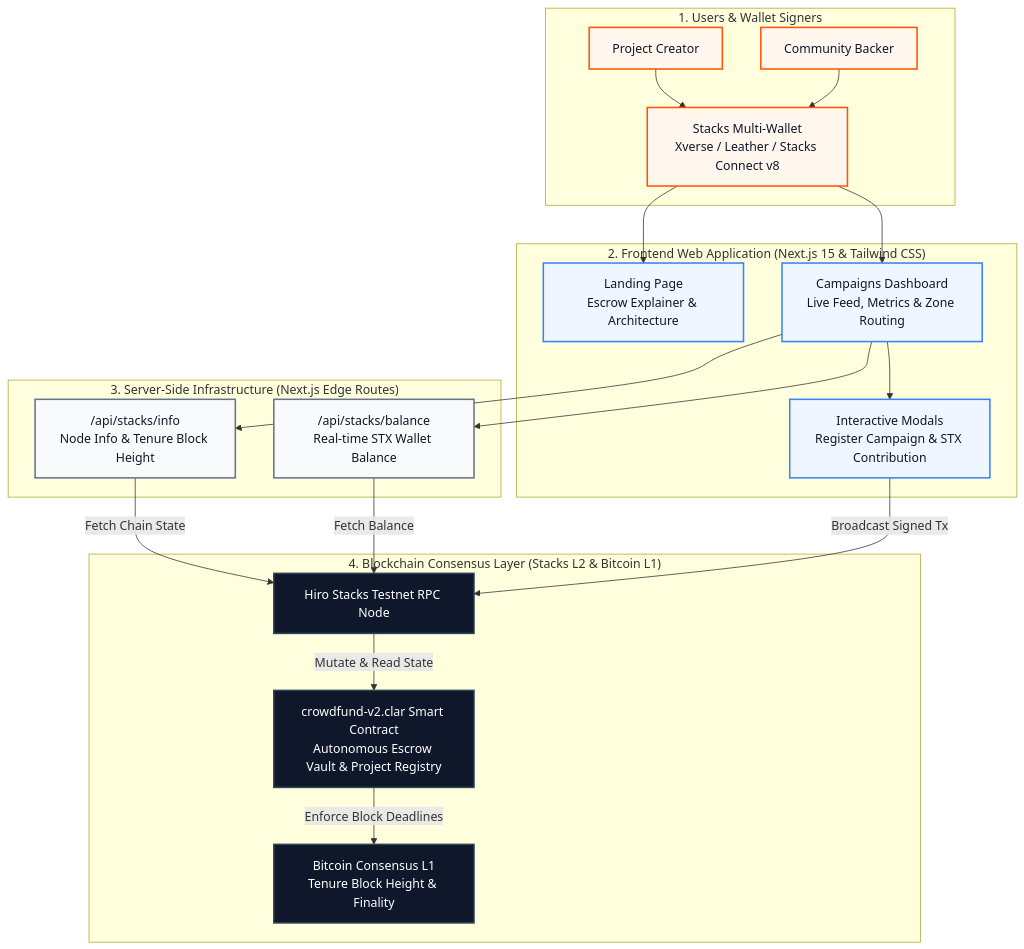
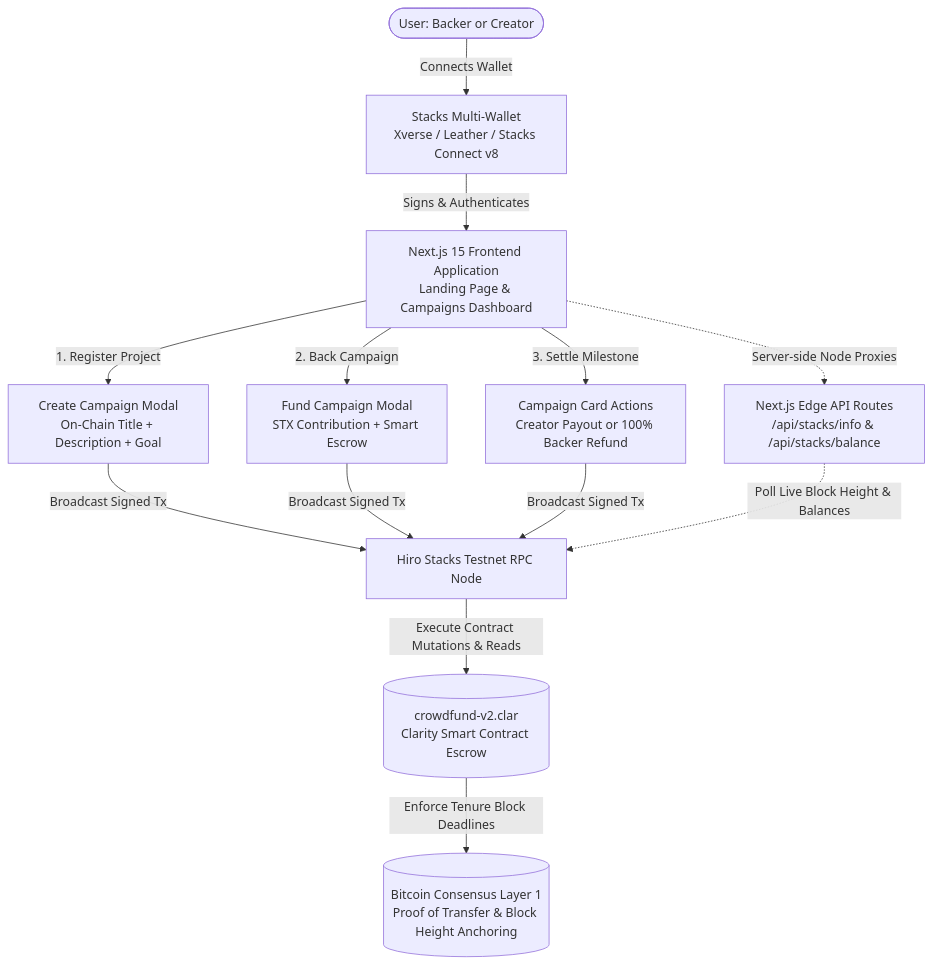
One commit to Oluwa-Laughter/stacksraise changed the diagram in README.md. Above: the diagram before and after it, drawn with Mermaid. The commit also changed other lines of this file, not shown here.

Commit message:
docs: use a single clean flowchart TD architecture diagram

````diff
--- a/README.md
+++ b/README.md
@@ -58,48 +58,19 @@
 ```mermaid
 flowchart TD
-    subgraph Users ["1. Users & Wallet Signers"]
-        Creator["Project Creator"]
-        Backer["Community Backer"]
-        Wallet["Stacks Multi-Wallet\nXverse / Leather / Stacks Connect v8"]
-        Creator --> Wallet
-        Backer --> Wallet
-    end
-
-    subgraph Frontend ["2. Frontend Web Application (Next.js 15 & Tailwind CSS)"]
-        UI_Landing["Landing Page\nEscrow Explainer & Architecture"]
-        UI_Dashboard["Campaigns Dashboard\nLive Feed, Metrics & Zone Routing"]
-        UI_Modals["Interactive Modals\nRegister Campaign & STX Contribution"]
-        Wallet --> UI_Landing
-        Wallet --> UI_Dashboard
-        UI_Dashboard --> UI_Modals
-    end
-
-    subgraph Server ["3. Server-Side Infrastructure (Next.js Edge Routes)"]
-        Proxy_Info["/api/stacks/info\nNode Info & Tenure Block Height"]
-        Proxy_Balance["/api/stacks/balance\nReal-time STX Wallet Balance"]
-        UI_Dashboard --> Proxy_Info
-        UI_Dashboard --> Proxy_Balance
-    end
-
-    subgraph Consensus ["4. Blockchain Consensus Layer (Stacks L2 & Bitcoin L1)"]
-        Node["Hiro Stacks Testnet RPC Node"]
-        Contract["crowdfund-v2.clar Smart Contract\nAutonomous Escrow Vault & Project Registry"]
-        Bitcoin["Bitcoin Consensus L1\nTenure Block Height & Finality"]
-
-        Proxy_Info -->|Fetch Chain State| Node
-        Proxy_Balance -->|Fetch Balance| Node
-        UI_Modals -->|Broadcast Signed Tx| Node
-        Node -->|Mutate & Read State| Contract
-        Contract -->|Enforce Block Deadlines| Bitcoin
-    end
-
-    classDef orange fill:#FFF7ED,stroke:#FF5500,stroke-width:2px,color:#0F172A;
-    classDef blue fill:#EFF6FF,stroke:#3B82F6,stroke-width:2px,color:#0F172A;
-    classDef gray fill:#F8FAFC,stroke:#64748B,stroke-width:2px,color:#0F172A;
-    classDef dark fill:#0F172A,stroke:#334155,stroke-width:2px,color:#FFFFFF;
-
-    class Creator,Backer,Wallet orange;
-    class UI_Landing,UI_Dashboard,UI_Modals blue;
-    class Proxy_Info,Proxy_Balance gray;
-    class Node,Contract,Bitcoin dark;
+    A([User: Backer or Creator]) -->|Connects Wallet| B[Stacks Multi-Wallet\nXverse / Leather / Stacks Connect v8]
+    B -->|Signs & Authenticates| C[Next.js 15 Frontend Application\nLanding Page & Campaigns Dashboard]
+    
+    C -->|1. Register Project| D[Create Campaign Modal\nOn-Chain Title + Description + Goal]
+    C -->|2. Back Campaign| E[Fund Campaign Modal\nSTX Contribution + Smart Escrow]
+    C -->|3. Settle Milestone| F[Campaign Card Actions\nCreator Payout or 100% Backer Refund]
+    
+    D -->|Broadcast Signed Tx| G[Hiro Stacks Testnet RPC Node]
+    E -->|Broadcast Signed Tx| G
+    F -->|Broadcast Signed Tx| G
+    
+    C -.->|Server-side Node Proxies| H[Next.js Edge API Routes\n/api/stacks/info & /api/stacks/balance]
+    H -.->|Poll Live Block Height & Balances| G
+    
+    G -->|Execute Contract Mutations & Reads| I[(crowdfund-v2.clar\nClarity Smart Contract Escrow)]
+    I -->|Enforce Tenure Block Deadlines| J[(Bitcoin Consensus Layer 1\nProof of Transfer & Block Height Anchoring)]
 ```
````
